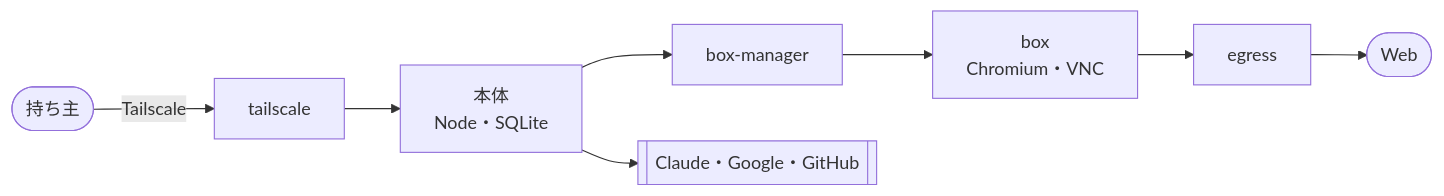
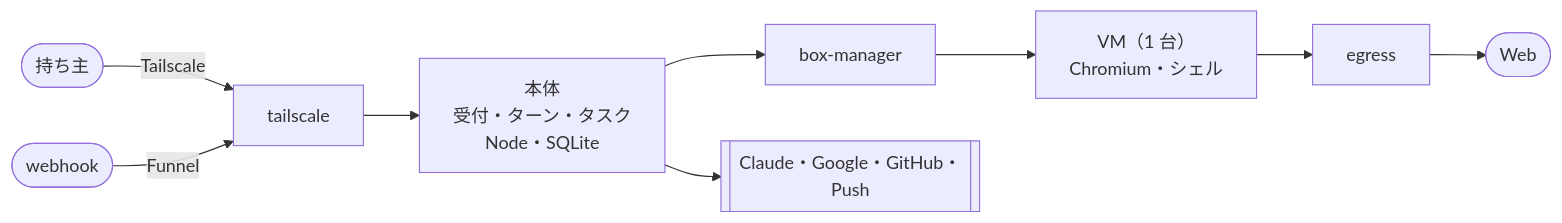
One commit to itiwoja/agent-team changed the diagram in docs/design/11_tech_spec.md. Above: the diagram before and after it, drawn with Mermaid. The commit also changed other lines of this file and 25 other files, not shown here.

````diff
--- a/docs/design/11_tech_spec.md
+++ b/docs/design/11_tech_spec.md
@@ -13,10 +13,11 @@
 ```mermaid
 flowchart LR
  O(["持ち主"]) -->|"Tailscale"| TS["tailscale"]
- TS --> CORE["本体<br/>Node・SQLite"]
+ GH(["webhook"]) -->|"Funnel"| TS
+ TS --> CORE["本体<br/>受付・ターン・タスク<br/>Node・SQLite"]
  CORE --> BM["box-manager"]
- BM --> BOX["box<br/>Chromium・VNC"]
+ BM --> BOX["VM（1 台）<br/>Chromium・シェル"]
  BOX --> EG["egress"]
  EG --> WEB(["Web"])
- CORE --> EXT[["Claude・Google・GitHub"]]
+ CORE --> EXT[["Claude・Google・GitHub・Push"]]
 ```
````
